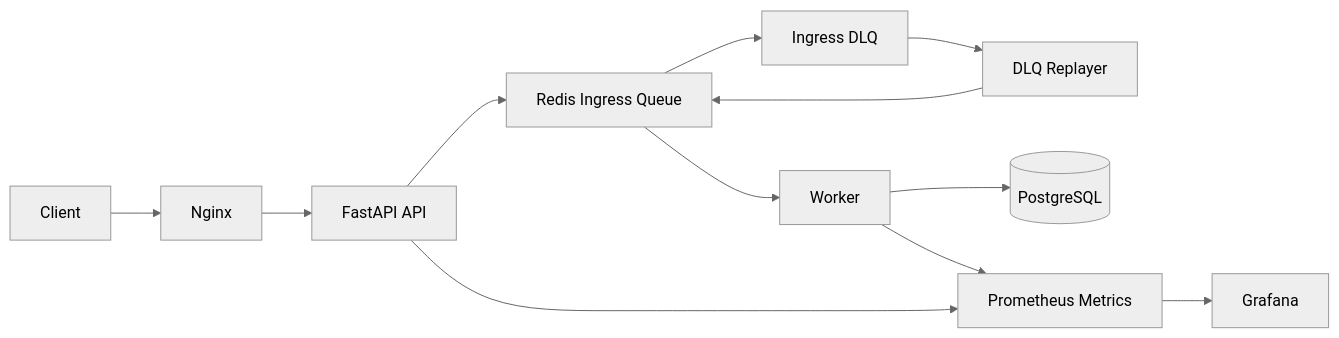
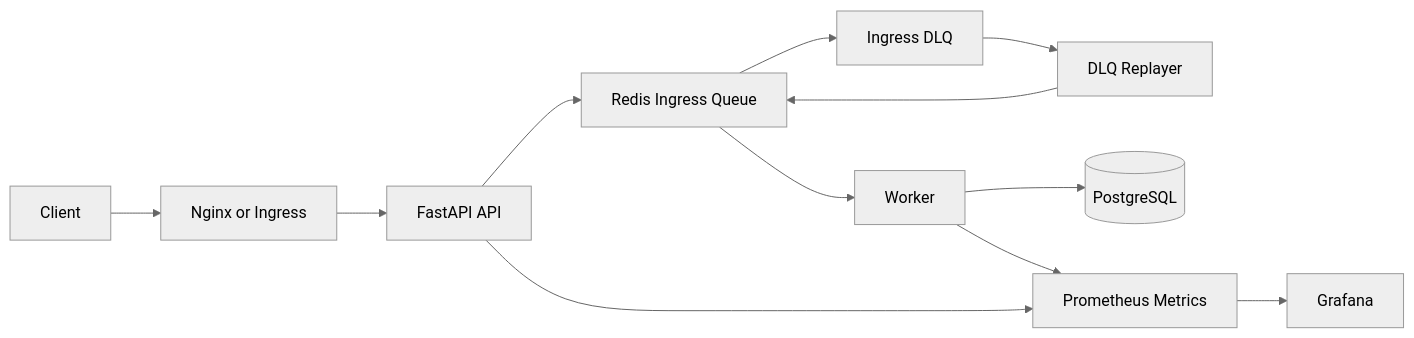
One commit to Jangwanko/Cloud_portfolio changed the diagram in README.md. Above: the diagram before and after it, drawn with Mermaid (neutral theme). The commit also changed other lines of this file and 44 other files, not shown here.

Commit message:
Stabilize HA quick start and add auth flow

````diff
--- a/README.md
+++ b/README.md
@@ -41,14 +31,14 @@
 ```mermaid
 flowchart LR
-    C[Client] --> N[Nginx]
+    C[Client] --> N[Nginx or Ingress]
     N --> A[FastAPI API]
     A --> RQ[Redis Ingress Queue]
     RQ --> W[Worker]
     RQ --> DLQ[Ingress DLQ]
     DLQ --> DR[DLQ Replayer]
     DR --> RQ
     W --> DB[(PostgreSQL)]
     W --> M[Prometheus Metrics]
     A --> M
     M --> G[Grafana]
 ```
````
